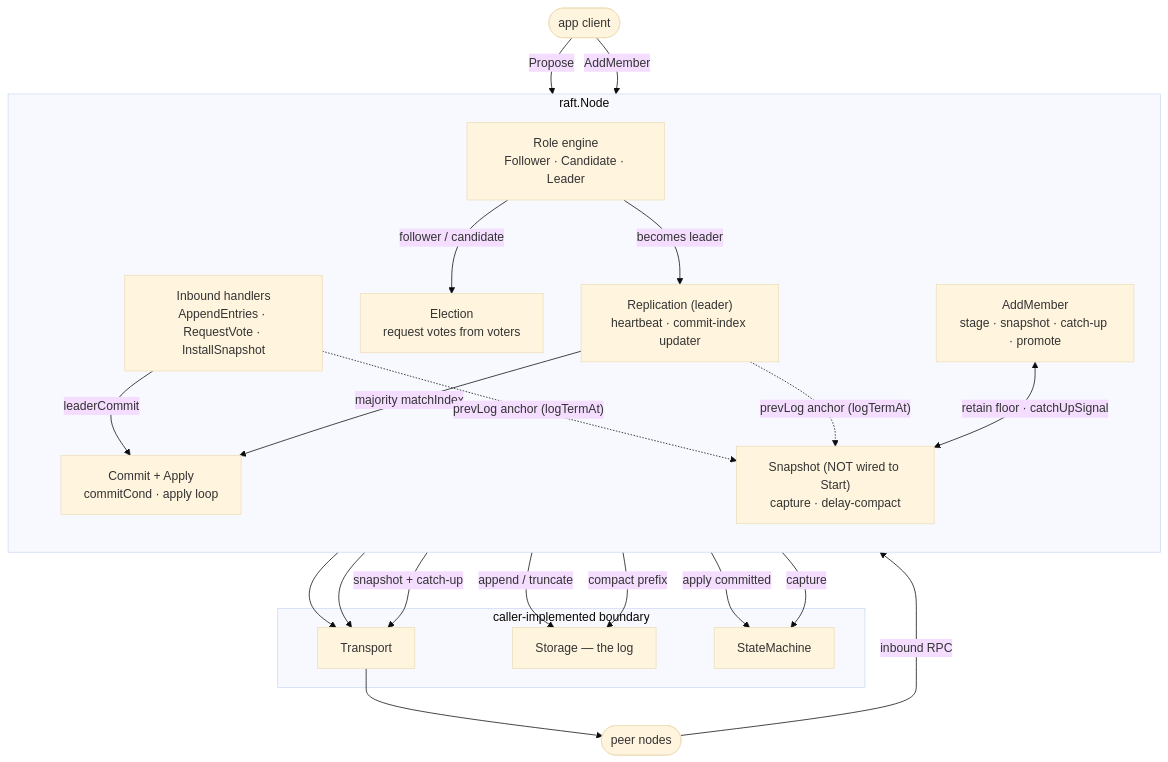
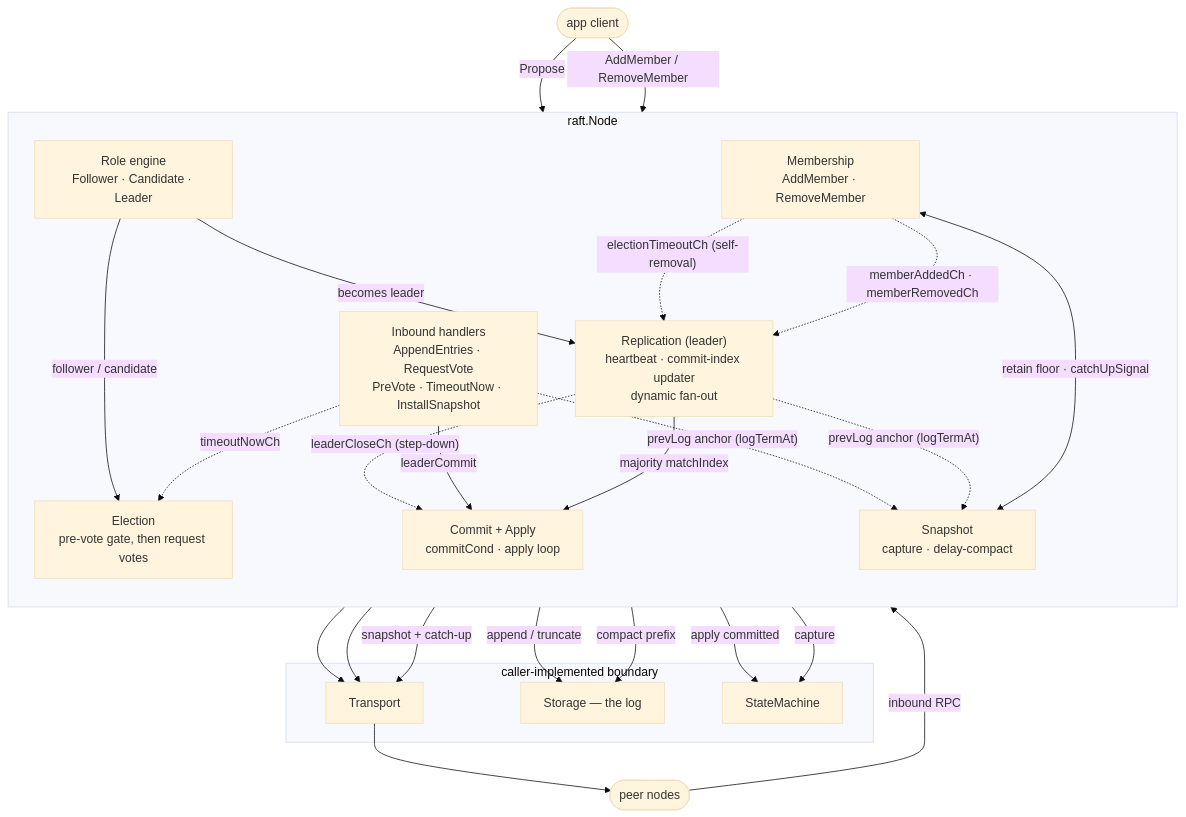
Before and after one commit to SHREYANSHSINGH14/raft: the diagram in docs/architecture.mmd, drawn with Mermaid (base theme). The commit also changed 6 other files, not shown here.

```diff
--- a/docs/architecture.mmd
+++ b/docs/architecture.mmd
@@ -1,49 +1,55 @@
 %% raft — clean block map of one node. View at mermaid.live, or: mmdc -i architecture.mmd -o architecture.svg
 %% Per-concern diagrams with prose live in docs/architecture.md
 flowchart TB
     CLIENT(["app client"])
     PEERS(["peer nodes"])
 
     subgraph NODE["raft.Node"]
         direction TB
         ROLES["Role engine<br/>Follower · Candidate · Leader"]
-        ELECT["Election<br/>request votes from voters"]
-        REPL["Replication (leader)<br/>heartbeat · commit-index updater"]
-        HAND["Inbound handlers<br/>AppendEntries · RequestVote · InstallSnapshot"]
-        MEMB["AddMember<br/>stage · snapshot · catch-up · promote"]
+        ELECT["Election<br/>pre-vote gate, then request votes"]
+        REPL["Replication (leader)<br/>heartbeat · commit-index updater<br/>dynamic fan-out"]
+        HAND["Inbound handlers<br/>AppendEntries · RequestVote<br/>PreVote · TimeoutNow · InstallSnapshot"]
+        MEMB["Membership<br/>AddMember · RemoveMember"]
         CMT["Commit + Apply<br/>commitCond · apply loop"]
-        SNAP["Snapshot (NOT wired to Start)<br/>capture · delay-compact"]
+        SNAP["Snapshot<br/>capture · delay-compact"]
     end
 
     subgraph BND["caller-implemented boundary"]
         TR["Transport"]
         ST["Storage — the log"]
         SM["StateMachine"]
     end
 
     %% control flow: role drives election vs replication
     ROLES -->|becomes leader| REPL
     ROLES -->|follower / candidate| ELECT
 
     %% who calls in
     CLIENT -->|Propose| CMT
-    CLIENT -->|AddMember| MEMB
+    CLIENT -->|AddMember / RemoveMember| MEMB
     PEERS -->|inbound RPC| HAND
+
+    %% TimeoutNow and step-down are signals, never direct transitions
+    HAND -.->|"timeoutNowCh"| ELECT
+    MEMB -.->|"electionTimeoutCh (self-removal)"| REPL
+    MEMB -.->|"memberAddedCh · memberRemovedCh"| REPL
+    REPL -.->|"leaderCloseCh (step-down)"| CMT
 
     %% RPCs out
     ELECT --> TR
     REPL --> TR
     MEMB -->|snapshot + catch-up| TR
     TR --> PEERS
 
     %% commit and apply
     HAND -->|leaderCommit| CMT
     REPL -->|majority matchIndex| CMT
     CMT -->|apply committed| SM
     HAND -->|append / truncate| ST
 
     %% snapshot + membership coupling
     SNAP -->|capture| SM
     SNAP -->|compact prefix| ST
     HAND & REPL -.->|"prevLog anchor (logTermAt)"| SNAP
     MEMB <-->|"retain floor · catchUpSignal"| SNAP
```
